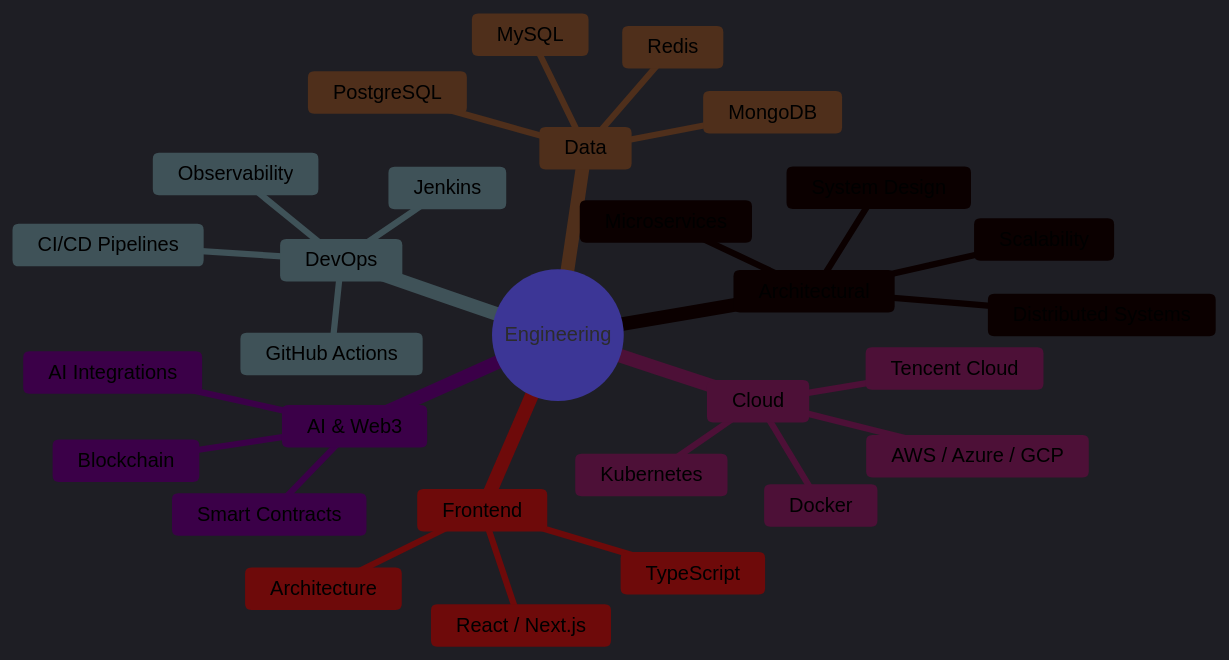
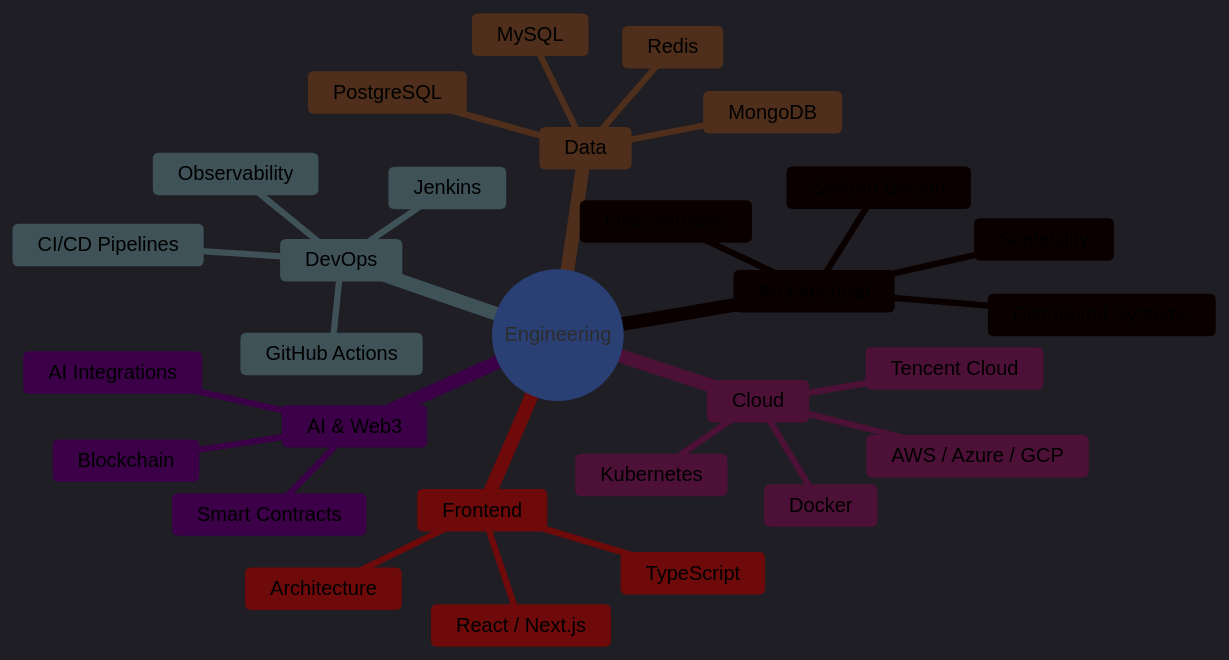
The diagram in README.md (ahbilalkhan/ahbilalkhan), drawn with Mermaid before and after one commit.

Commit message:
Update README.md to modify mermaid diagram theme variables for improved visual consistency

````diff
--- a/README.md
+++ b/README.md
@@ -19,33 +19,33 @@
 ```mermaid
-%%{init: {'theme': 'dark', 'themeVariables': { 'darkMode': true, 'background': '#0d1117', 'primaryColor': '#8b5cf6', 'primaryTextColor': '#e2e8f0', 'primaryBorderColor': '#334155', 'lineColor': '#8b5cf6', 'secondaryColor': '#1e1b4b', 'tertiaryColor': '#0f172a', 'clusterBkg': '#0d1117', 'clusterBorder': '#1f2937'}}}%%
+%%{init: {'theme': 'dark', 'themeVariables': { 'darkMode': true, 'background': '#0d1117', 'primaryColor': '#1e1b4b', 'primaryTextColor': '#e2e8f0', 'primaryBorderColor': '#8b5cf6', 'lineColor': '#8b5cf6', 'secondaryColor': '#0f172a', 'tertiaryColor': '#0d1117', 'nodeBorder': '#8b5cf6', 'nodeTextColor': '#e2e8f0', 'edgeLabelBackground': '#0d1117'}}}%%
 mindmap
   root((Engineering))
     Architectural
       System Design
       Scalability
       Distributed Systems
       Microservices
     Cloud
       AWS / Azure / GCP
       Tencent Cloud
       Kubernetes
       Docker
     DevOps
       CI/CD Pipelines
       GitHub Actions
       Jenkins
       Observability
     Data
       PostgreSQL
       MongoDB
       Redis
       MySQL
     Frontend
       React / Next.js
       TypeScript
       Architecture
     AI & Web3
       AI Integrations
       Blockchain
       Smart Contracts
 ```
````
